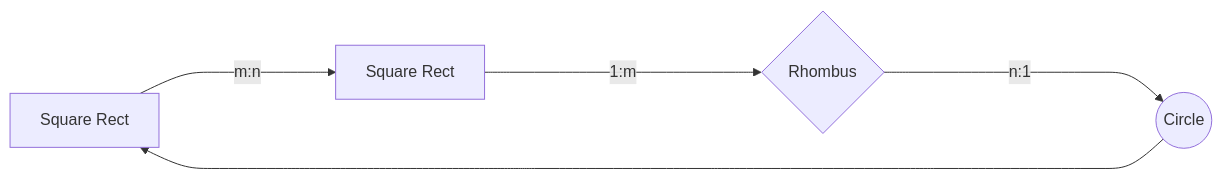
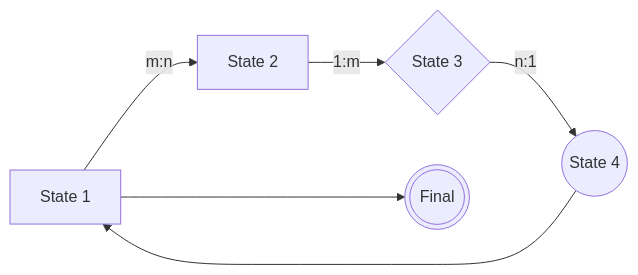
One commit to FarukT-Prvds/HelloWorld changed the diagram in README.md. Above: the diagram before and after it, drawn with Mermaid.

Commit message:
Small changes in readme

`````diff
--- a/README.md
+++ b/README.md
@@ -26,8 +26,9 @@
 ````mermaid
 graph LR
-A[Square Rect] -- m:n ----> B[Square Rect]
-B -- 1:m ------> C{Rhombus}
-C -- n:1 ------> D((Circle))
-D --------> A
+A[State 1] -- m:n --> B[State 2]
+B -- 1:m --> C{State 3}
+C -- n:1 --> D((State 4))
+D --> A
+A ---> E(((Final)))
 
 ````
`````
